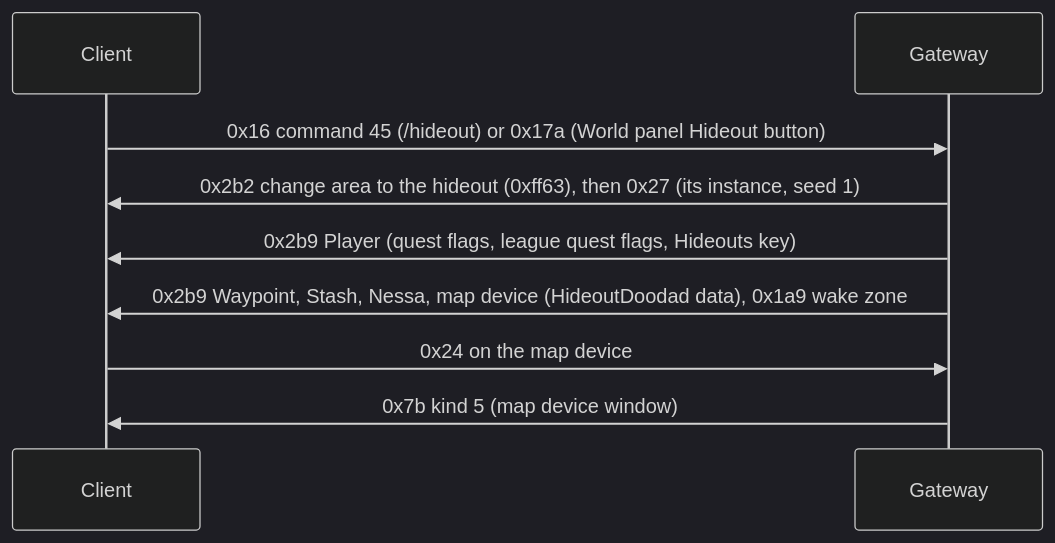
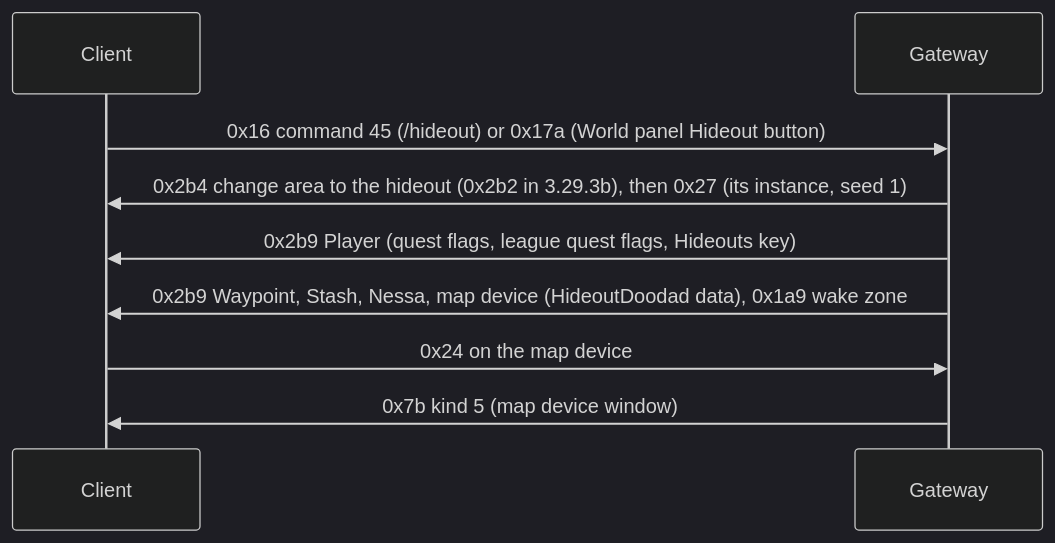
Before and after one commit to LocalExile/LocalExile: the first of 2 diagrams in Agents/docs/protocol/21-hideouts.md, drawn with Mermaid (dark theme). The commit also changed other lines of this file and 11 other files, not shown here.

````diff
--- a/Agents/docs/protocol/21-hideouts.md
+++ b/Agents/docs/protocol/21-hideouts.md
@@ -12,11 +14,11 @@
 ```mermaid
 sequenceDiagram
     participant C as Client
     participant G as Gateway
     C->>G: 0x16 command 45 (/hideout) or 0x17a (World panel Hideout button)
-    G->>C: 0x2b2 change area to the hideout (0xff63), then 0x27 (its instance, seed 1)
+    G->>C: 0x2b4 change area to the hideout (0x2b2 in 3.29.3b), then 0x27 (its instance, seed 1)
     G->>C: 0x2b9 Player (quest flags, league quest flags, Hideouts key)
     G->>C: 0x2b9 Waypoint, Stash, Nessa, map device (HideoutDoodad data), 0x1a9 wake zone
     C->>G: 0x24 on the map device
     G->>C: 0x7b kind 5 (map device window)
 ```
````
